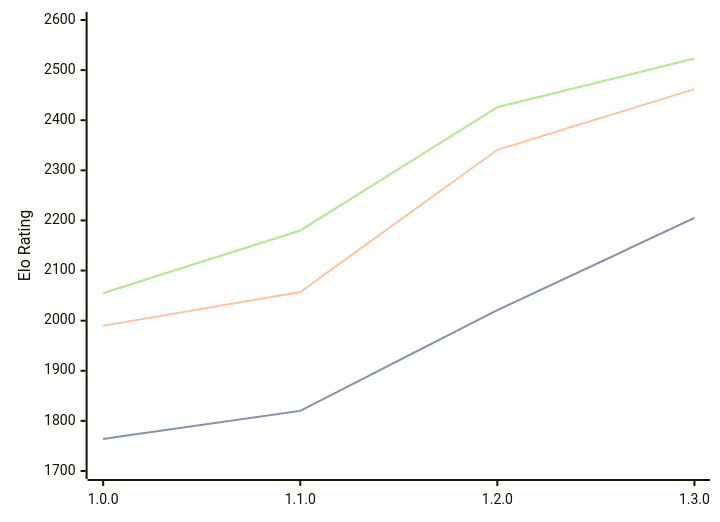
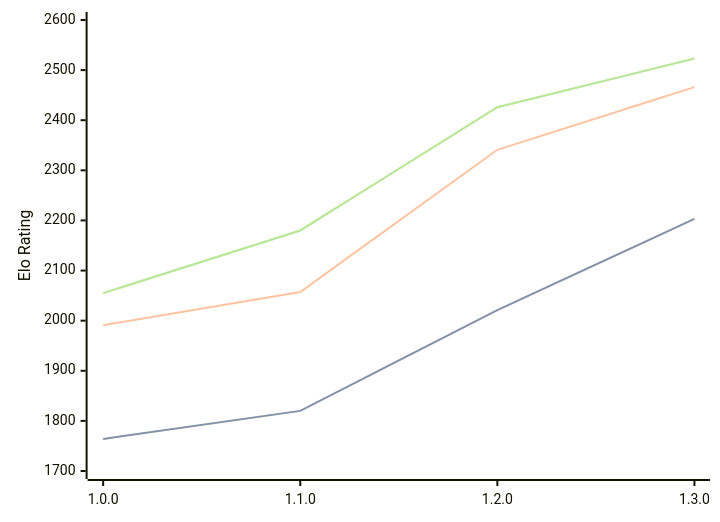
The diagram in engines/Anodos.md (computer-chess-index/cci), drawn with Mermaid before and after one commit. The commit also changed other lines of this file, not shown here.

````diff
--- a/engines/Anodos.md
+++ b/engines/Anodos.md
@@ -45,11 +45,11 @@
 ```mermaid
 %%{init: {"theme":"base","themeVariables":{"seriesColors:['#a3a3a3','#222221','#faa371']}}}%%
 xychart-beta
   x-axis ["1.0.0", "1.1.0", "1.2.0", "1.3.0"]
   y-axis "Elo Rating" 1700 --> 2600
-  line "STC (8.0+0.08s)" [1764, 1820, 2021, 2205]
-  line "STC (8.0+0.08s)" [1764, 1820, 2021, 2205]
-  line "LTC (60.0+0.60s)" [1990, 2057, 2341, 2462]
+  line "STC (8.0+0.08s)" [1764, 1820, 2021, 2203]
+  line "STC (8.0+0.08s)" [1764, 1820, 2021, 2203]
+  line "LTC (60.0+0.60s)" [1991, 2057, 2341, 2466]
   line "VLTC (2m24s+1.12s)" [2055, 2180, 2426, 2523]
   line "VLTC (2m24s+1.12s)" [2055, 2180, 2426, 2523]
 ```
````
